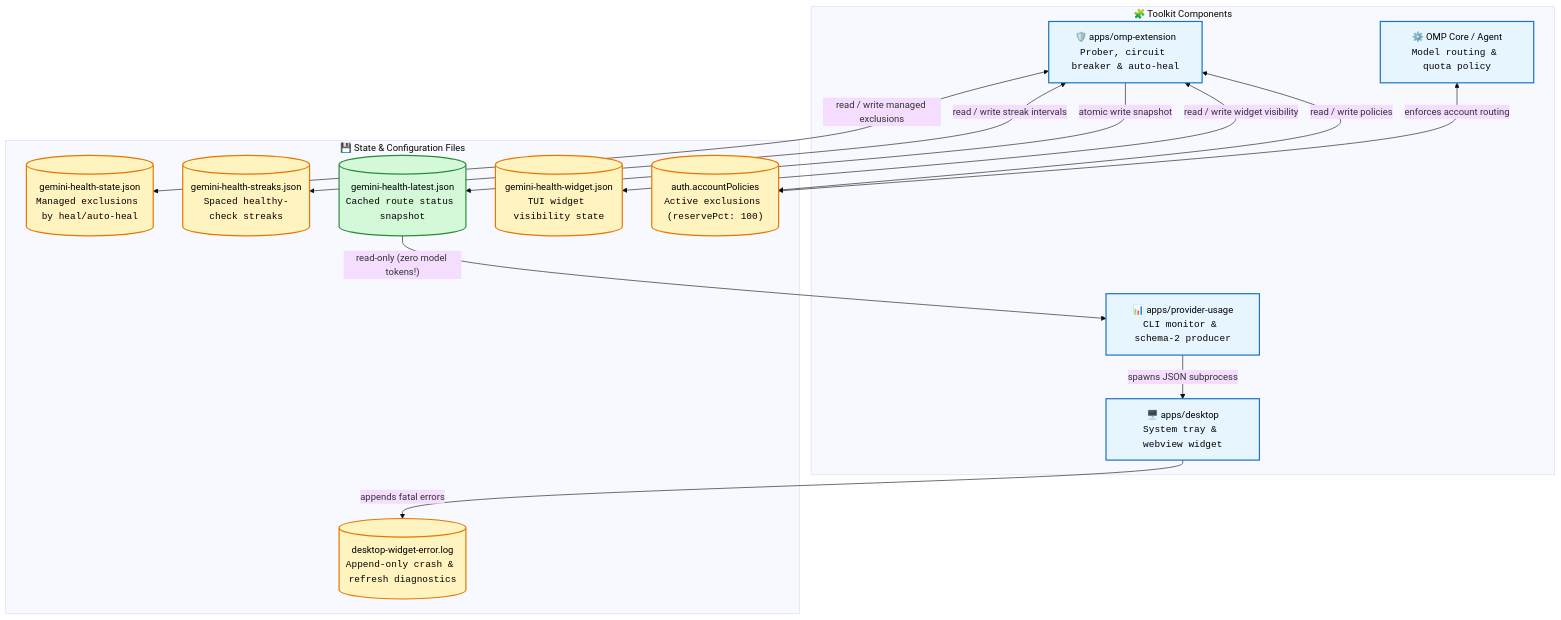
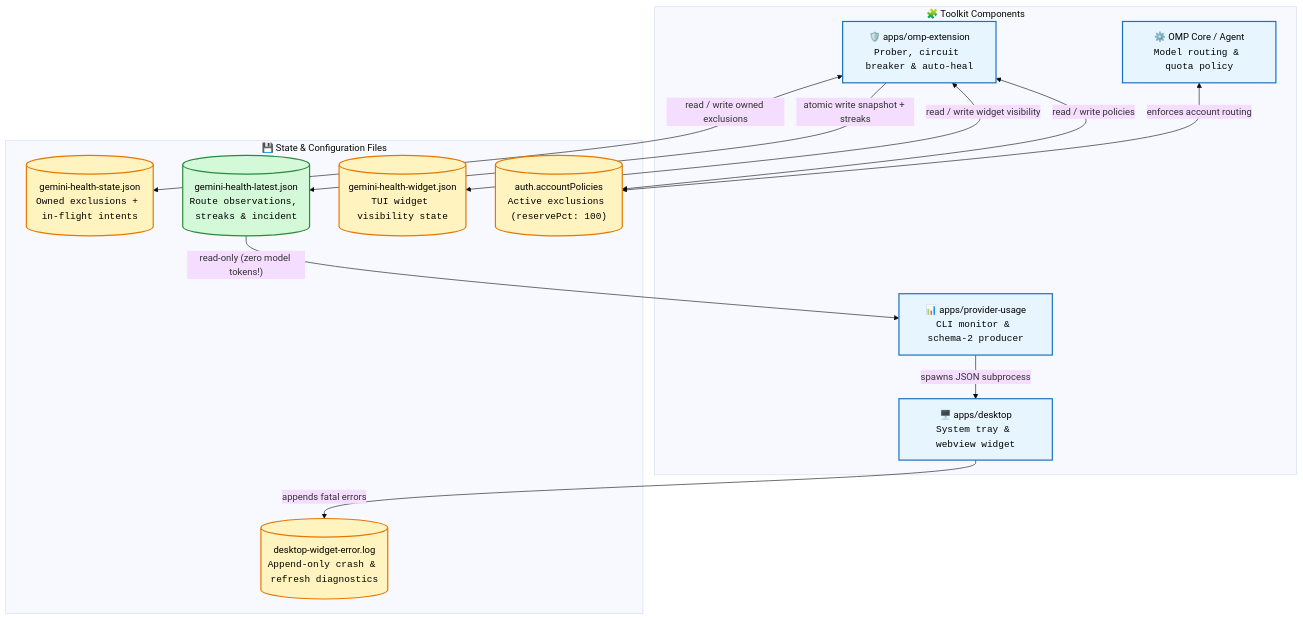
The fifth of 5 diagrams in docs/architecture.md (kamishino/omp-toolkit), drawn with Mermaid (base theme) before and after one commit. The commit also changed other lines of this file and 4 other files, not shown here.

Commit message:
docs: document route health evidence model

````diff
--- a/docs/architecture.md
+++ b/docs/architecture.md
@@ -241,37 +240,35 @@
 ```mermaid
 flowchart TD
     subgraph Components["🧩 Toolkit Components"]
         Ext["🛡️ apps/omp-extension<br/><code>Prober, circuit breaker & auto-heal</code>"]
         CLI["📊 apps/provider-usage<br/><code>CLI monitor & schema-2 producer</code>"]
         Desktop["🖥️ apps/desktop<br/><code>System tray & webview widget</code>"]
         OMP["⚙️ OMP Core / Agent<br/><code>Model routing & quota policy</code>"]
     end
 
     subgraph StateFiles["💾 State & Configuration Files"]
         Policies[("auth.accountPolicies<br/><code>Active exclusions (reservePct: 100)</code>")]
-        ManagedState[("gemini-health-state.json<br/><code>Managed exclusions by heal/auto-heal</code>")]
-        Streaks[("gemini-health-streaks.json<br/><code>Spaced healthy-check streaks</code>")]
-        Snapshot[("gemini-health-latest.json<br/><code>Cached route status snapshot</code>")]
+        ManagedState[("gemini-health-state.json<br/><code>Owned exclusions + in-flight intents</code>")]
+        Snapshot[("gemini-health-latest.json<br/><code>Route observations, streaks & incident</code>")]
         WidgetState[("gemini-health-widget.json<br/><code>TUI widget visibility state</code>")]
         DesktopLog[("desktop-widget-error.log<br/><code>Append-only crash & refresh diagnostics</code>")]
     end
 
-    Ext <-->|"read / write managed exclusions"| ManagedState
-    Ext <-->|"read / write streak intervals"| Streaks
-    Ext -->|"atomic write snapshot"| Snapshot
+    Ext <-->|"read / write owned exclusions"| ManagedState
+    Ext -->|"atomic write snapshot + streaks"| Snapshot
     Ext <-->|"read / write widget visibility"| WidgetState
     Ext <-->|"read / write policies"| Policies
     OMP <-->|"enforces account routing"| Policies
 
     Snapshot -->|"read-only (zero model tokens!)"| CLI
     CLI -->|"spawns JSON subprocess"| Desktop
     Desktop -->|"appends fatal errors"| DesktopLog
 
     classDef compBox fill:#E7F5FF,stroke:#1971C2,stroke-width:2px,color:#000
     classDef fileBox fill:#FFF3BF,stroke:#E67700,stroke-width:2px,color:#000
     classDef readOnlyBox fill:#D3F9D8,stroke:#2B8A3E,stroke-width:2px,color:#000
 
     class Ext,CLI,Desktop,OMP compBox
-    class Policies,ManagedState,Streaks,WidgetState,DesktopLog fileBox
+    class Policies,ManagedState,WidgetState,DesktopLog fileBox
     class Snapshot readOnlyBox
 ```
````
